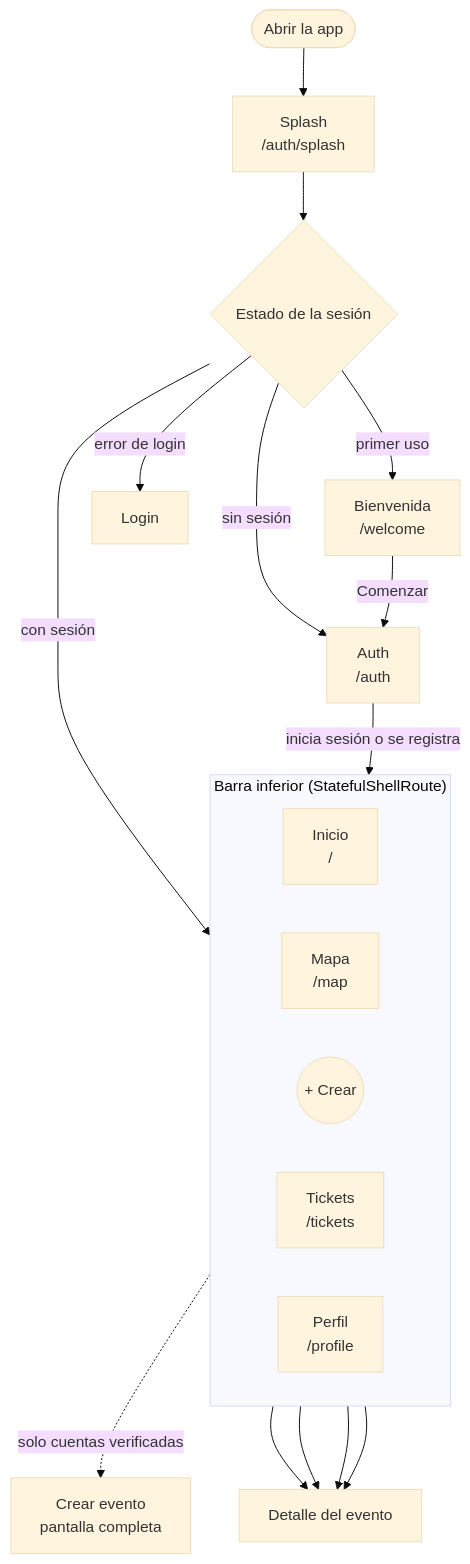
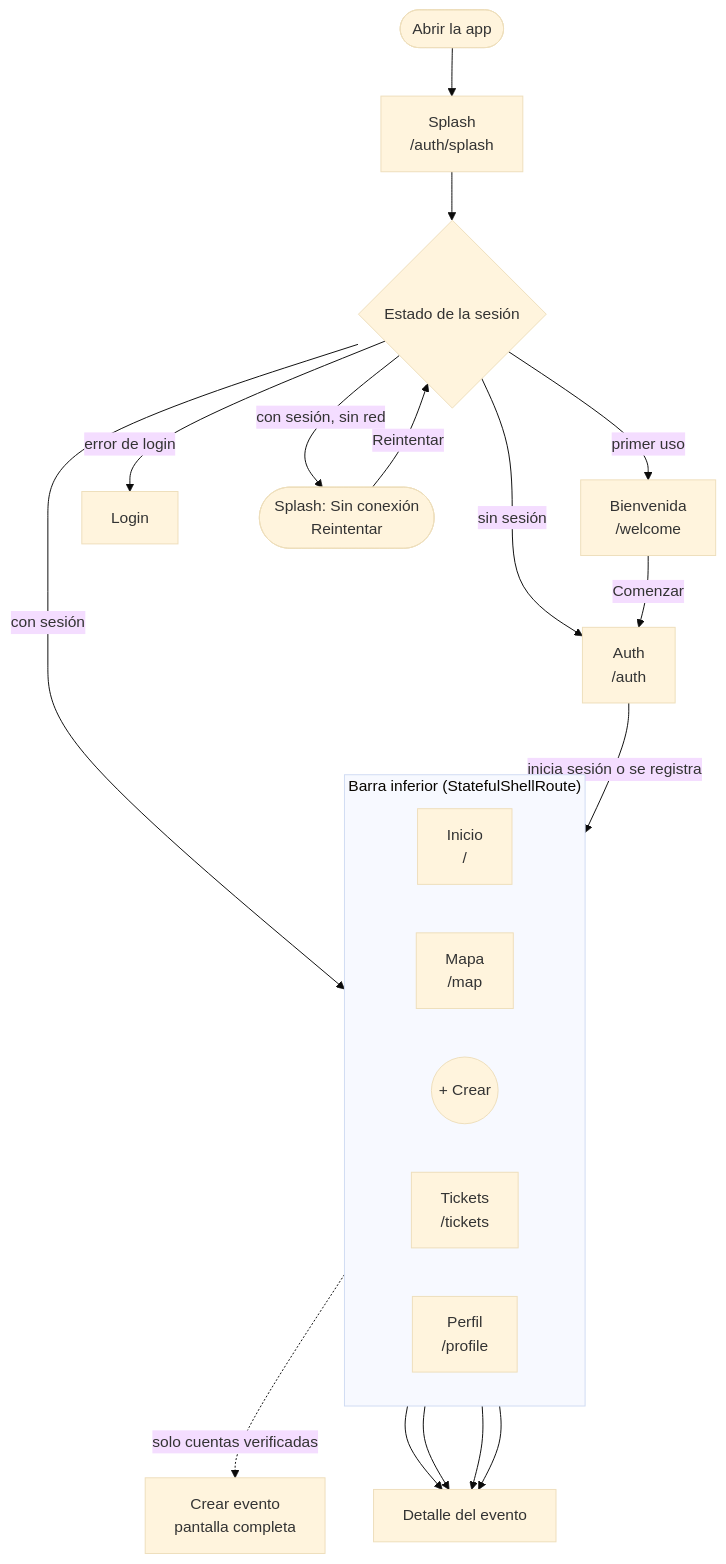
One commit to will0149/froggy_wsm changed the first of 9 diagrams in docs/flujo-pantallas.md. Above: the diagram before and after it, drawn with Mermaid (base theme). The commit also changed 12 other files, not shown here.

````diff
--- a/docs/flujo-pantallas.md
+++ b/docs/flujo-pantallas.md
@@ -11,25 +11,27 @@
 ```mermaid
 flowchart TD
     start(["Abrir la app"]) --> splash["Splash<br/>/auth/splash"]
     splash --> status{"Estado de la sesión"}
     status -->|"primer uso"| welcome["Bienvenida<br/>/welcome"]
     status -->|"sin sesión"| auth["Auth<br/>/auth"]
     status -->|"error de login"| login["Login"]
     status -->|"con sesión"| shell
+    status -->|"con sesión, sin red"| offline(["Splash: Sin conexión<br/>Reintentar"])
+    offline -->|"Reintentar"| status
 
     welcome -->|"Comenzar"| auth
     auth -->|"inicia sesión o se registra"| shell
 
     subgraph shell["Barra inferior (StatefulShellRoute)"]
         direction LR
         home["Inicio<br/>/"]
         map["Mapa<br/>/map"]
         create(("+ Crear"))
         tickets["Tickets<br/>/tickets"]
         profile["Perfil<br/>/profile"]
     end
 
     create -.->|"solo cuentas verificadas"| createPage["Crear evento<br/>pantalla completa"]
     home & map & tickets --> detail["Detalle del evento"]
     profile --> detail
 ```
````
